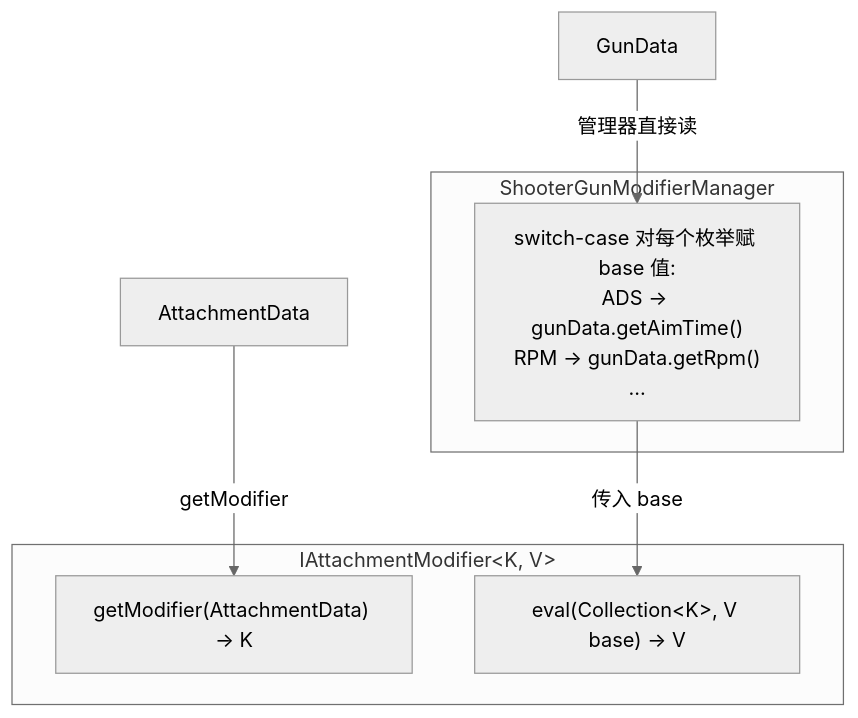
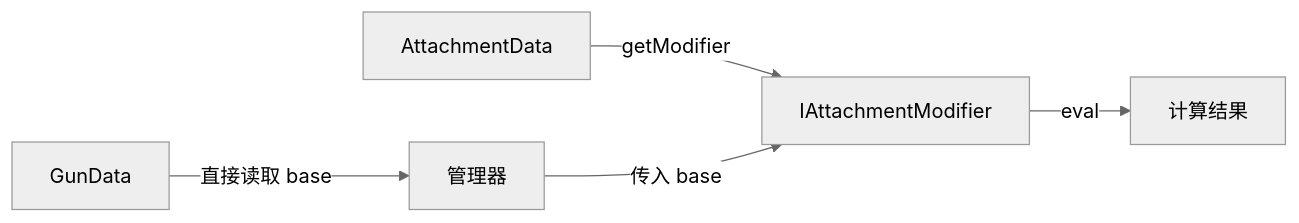
One commit to XColorful/Custom-Gun-Continued changed the second of 6 diagrams in docs/architecture/core/entity/shooter/modifier/design-evolution.md. Above: the diagram before and after it, drawn with Mermaid (neutral theme). The commit also changed other lines of this file and 11 other files, not shown here.

````diff
--- a/docs/architecture/core/entity/shooter/modifier/design-evolution.md
+++ b/docs/architecture/core/entity/shooter/modifier/design-evolution.md
@@ -32,15 +24,12 @@
 ```mermaid
-graph TB
-    subgraph "IAttachmentModifier&lt;K, V&gt;"
-        GM["getModifier(AttachmentData) → K"]
-        EV["eval(Collection&lt;K&gt;, V base) → V"]
-    end
+flowchart LR
+    GM["管理器"]
+    GD["GunData"]
+    MOD["IAttachmentModifier"]
+    AD["AttachmentData"]
 
-    subgraph "ShooterGunModifierManager"
-        BASE["switch-case 对每个枚举赋 base 值:<br/>ADS → gunData.getAimTime()<br/>RPM → gunData.getRpm()<br/>..."]
-    end
-
-    GD["GunData"] -->|"管理器直接读"| BASE
-    AD["AttachmentData"] -->|"getModifier"| GM
-    BASE -->|"传入 base"| EV
+    GD -->|"直接读取 base"| GM
+    AD -->|"getModifier"| MOD
+    GM -->|"传入 base"| MOD
+    MOD -->|"eval"| RESULT["计算结果"]
 ```
````
